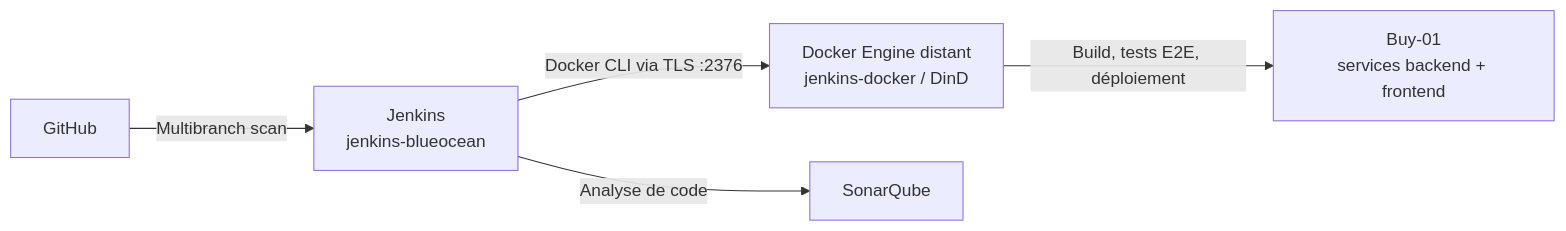
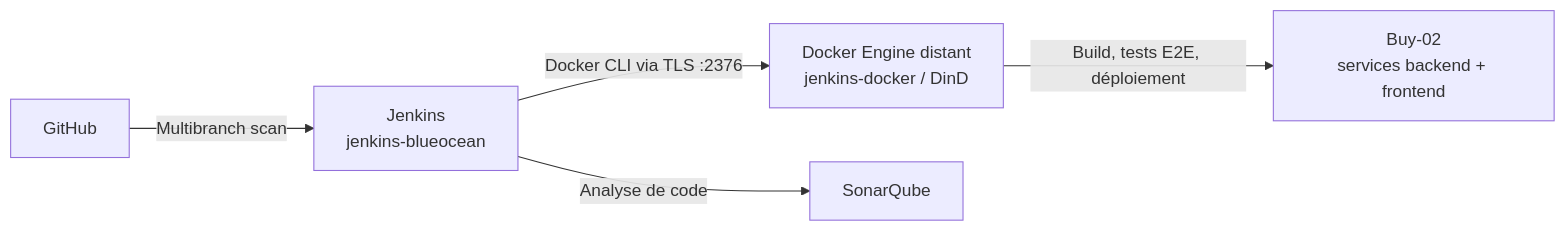
Before and after one commit to maynaou/buy-01: the diagram in Mr-Jenkins.md, drawn with Mermaid. The commit also changed other lines of this file and 3 other files, not shown here.

````diff
--- a/Mr-Jenkins.md
+++ b/Mr-Jenkins.md
@@ -8,13 +8,13 @@
 ```mermaid
 flowchart LR
     github[GitHub]
     jenkins[Jenkins<br/>jenkins-blueocean]
     dind[Docker Engine distant<br/>jenkins-docker / DinD]
     sonar[SonarQube]
-    app[Buy-01<br/>services backend + frontend]
+    app[Buy-02<br/>services backend + frontend]
 
     github -->|Multibranch scan| jenkins
     jenkins -->|Docker CLI via TLS :2376| dind
     jenkins -->|Analyse de code| sonar
     dind -->|Build, tests E2E, déploiement| app
 ```
````
